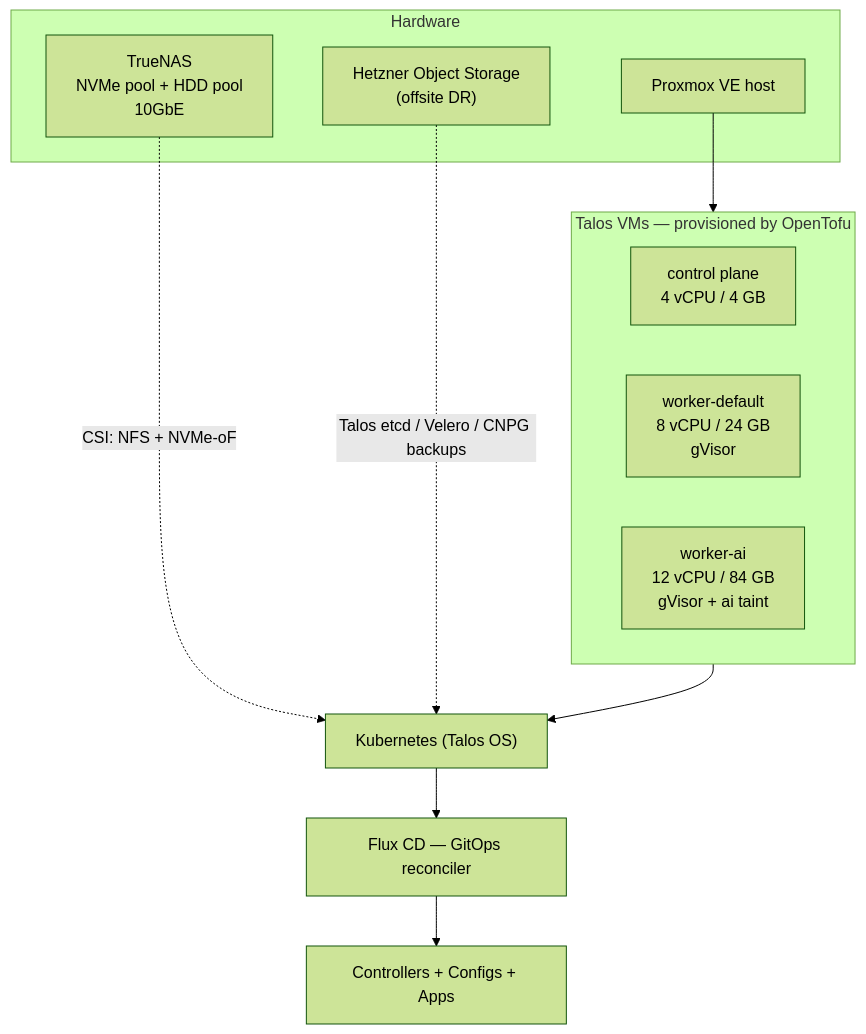
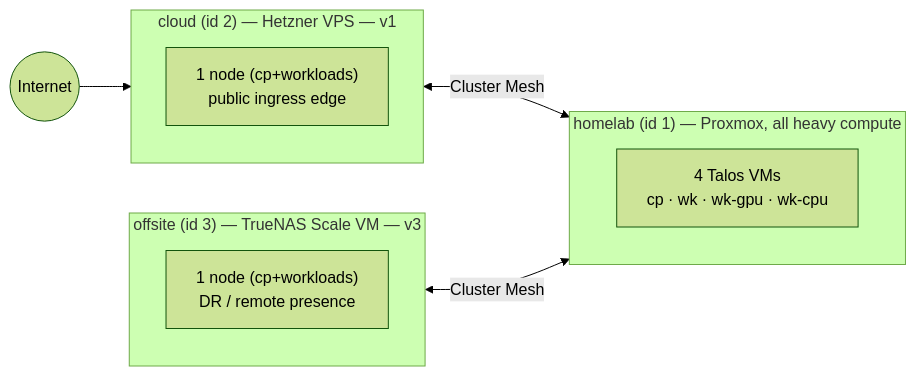
Before and after one commit to ngoldack/homelab: the first of 6 diagrams in docs/architecture.md, drawn with Mermaid (forest theme). The commit also changed other lines of this file and 2 other files, not shown here.

First line of the commit message:
docs: rewrite architecture for the phased multi-cluster design

````diff
--- a/docs/architecture.md
+++ b/docs/architecture.md
@@ -17,22 +25,16 @@
 ```mermaid
-flowchart TD
-  subgraph HW["Hardware"]
-    PVE["Proxmox VE host"]
-    TNS["TrueNAS<br/>NVMe pool + HDD pool<br/>10GbE"]
-    HZ["Hetzner Object Storage<br/>(offsite DR)"]
+flowchart LR
+  subgraph HL["homelab (id 1) — Proxmox, all heavy compute"]
+    direction TB
+    HLk["4 Talos VMs<br/>cp · wk · wk-gpu · wk-cpu"]
   end
-
-  subgraph VM["Talos VMs — provisioned by OpenTofu"]
-    CP["control plane<br/>4 vCPU / 4 GB"]
-    WD["worker-default<br/>8 vCPU / 24 GB<br/>gVisor"]
-    WAI["worker-ai<br/>12 vCPU / 84 GB<br/>gVisor + ai taint"]
+  subgraph CL["cloud (id 2) — Hetzner VPS — v1"]
+    CLk["1 node (cp+workloads)<br/>public ingress edge"]
   end
-
-  PVE --> VM
-  VM --> K8S["Kubernetes (Talos OS)"]
-  K8S --> FLUX["Flux CD — GitOps reconciler"]
-  FLUX --> WL["Controllers + Configs + Apps"]
-
-  TNS -. "CSI: NFS + NVMe-oF" .-> K8S
-  HZ -. "Talos etcd / Velero / CNPG backups" .-> K8S
+  subgraph OS["offsite (id 3) — TrueNAS Scale VM — v3"]
+    OSk["1 node (cp+workloads)<br/>DR / remote presence"]
+  end
+  Internet(("Internet")) --> CL
+  CL <-->|Cluster Mesh| HL
+  OS <-->|Cluster Mesh| HL
 ```
````
